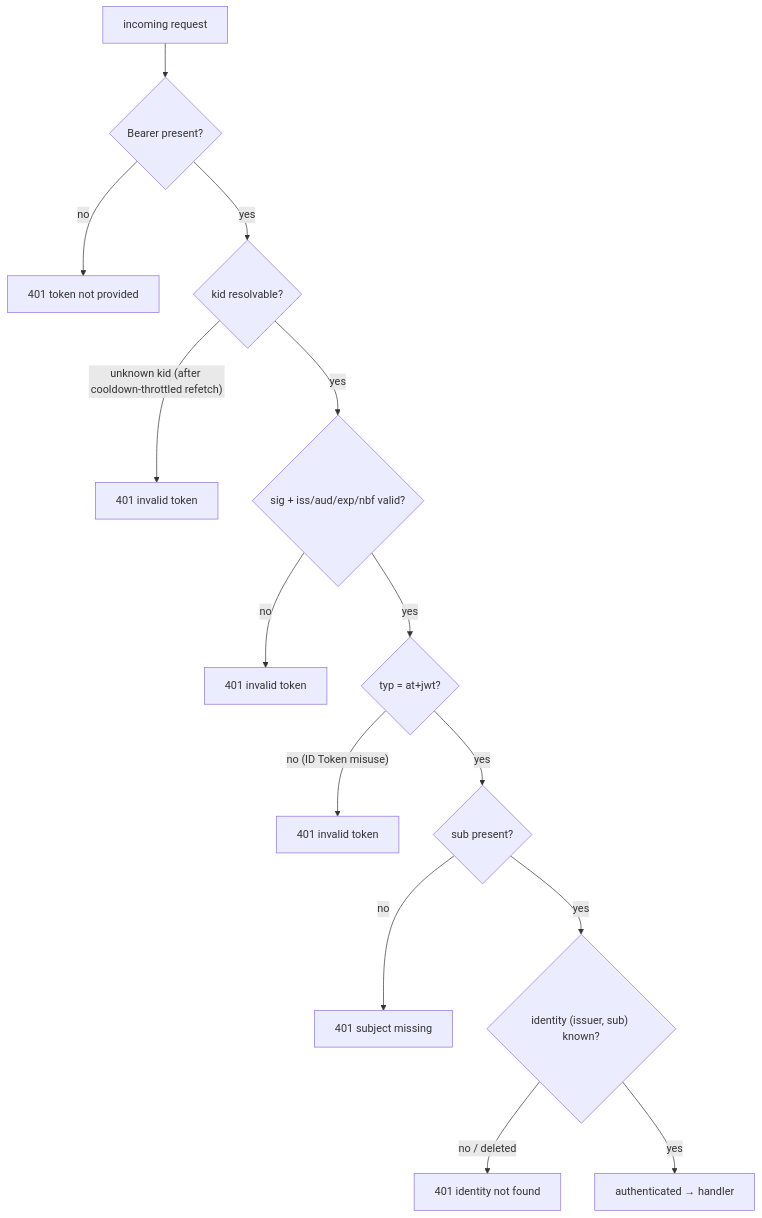
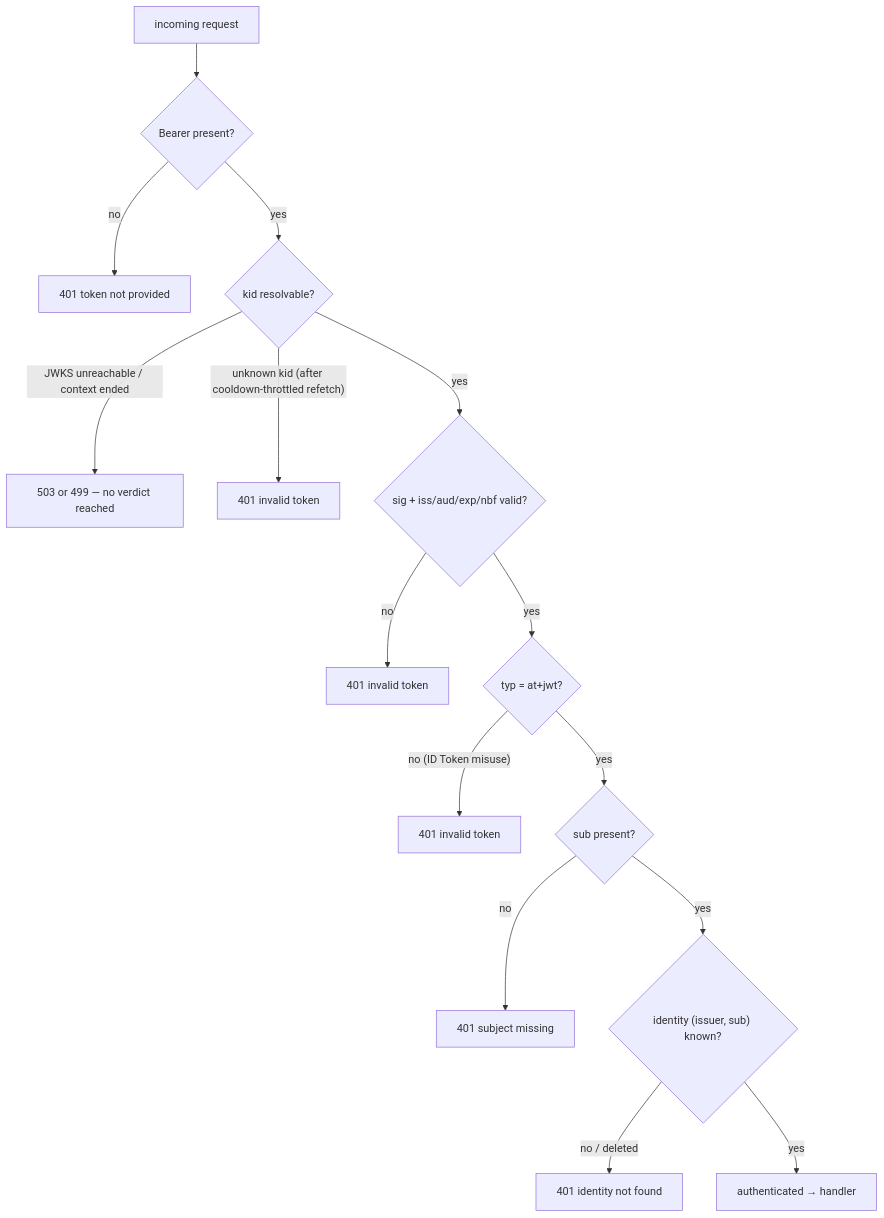
One commit to Tomy-ch/go-boilerplate changed the second of 4 diagrams in docs/design/auth.md. Above: the diagram before and after it, drawn with Mermaid. The commit also changed other lines of this file and 5 other files, not shown here.

````diff
--- a/docs/design/auth.md
+++ b/docs/design/auth.md
@@ -98,16 +98,17 @@
 ```mermaid
 flowchart TD
     S["incoming request"] --> H{"Bearer present?"}
     H -- no --> E1["401 token not provided"]
     H -- yes --> K{"kid resolvable?"}
+    K -- "JWKS unreachable / context ended" --> E7["503 or 499 — no verdict reached"]
     K -- "unknown kid (after cooldown-throttled refetch)" --> E2["401 invalid token"]
     K -- yes --> V{"sig + iss/aud/exp/nbf valid?"}
     V -- no --> E3["401 invalid token"]
     V -- yes --> T{"typ = at+jwt?"}
     T -- "no (ID Token misuse)" --> E4["401 invalid token"]
     T -- yes --> SUB{"sub present?"}
     SUB -- no --> E5["401 subject missing"]
     SUB -- yes --> ID{"identity (issuer, sub) known?"}
     ID -- "no / deleted" --> E6["401 identity not found"]
     ID -- yes --> OK["authenticated → handler"]
 ```
````
